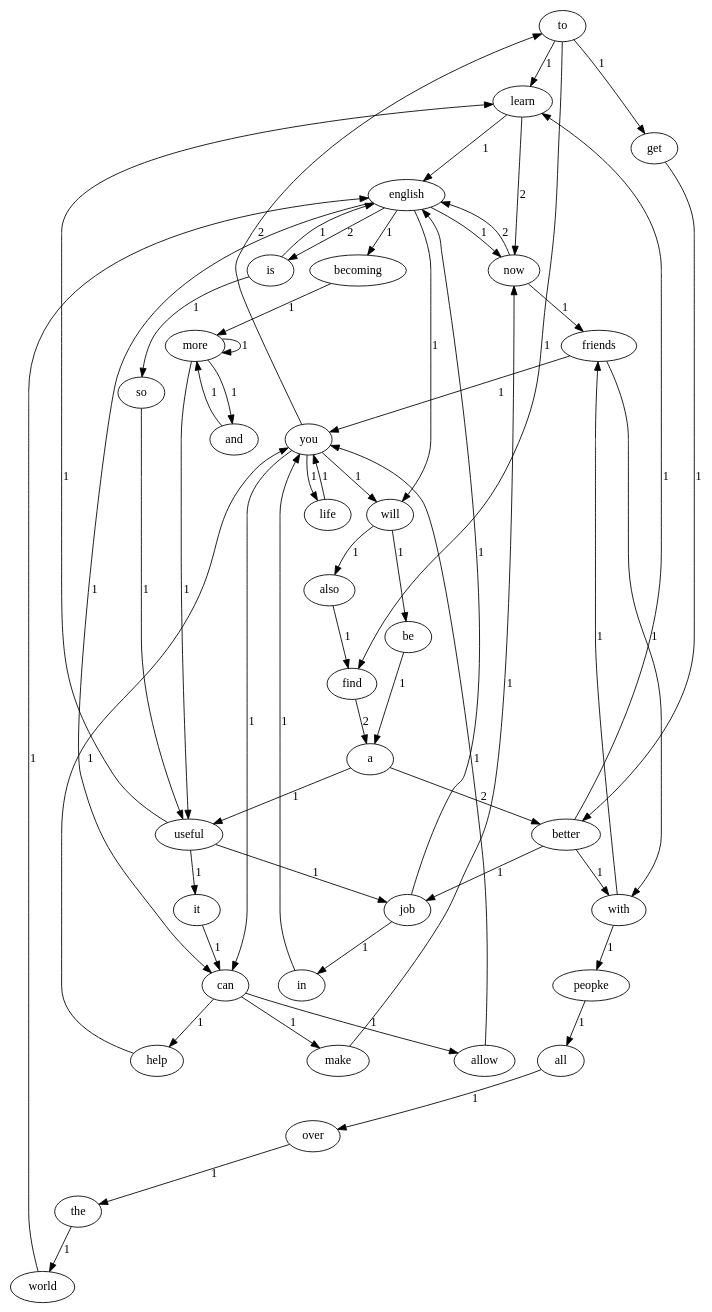
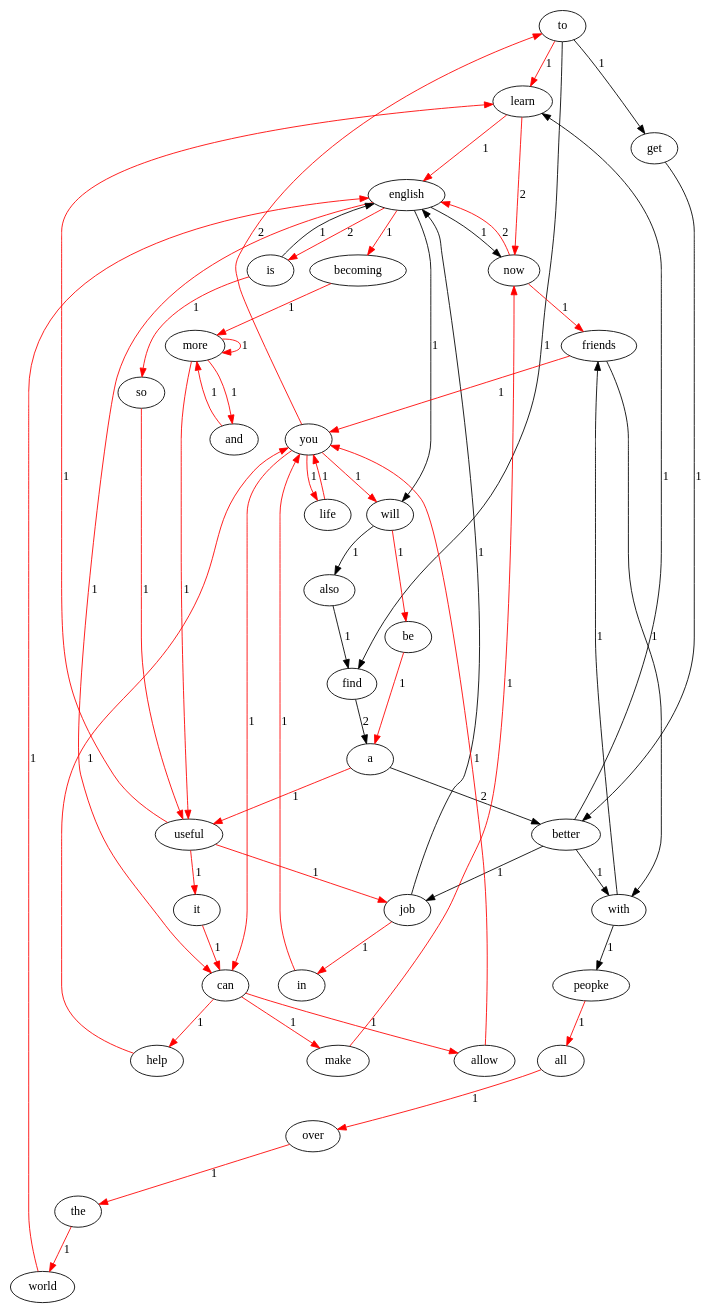
Before and after one commit to The-water-tree/Lab1-1: the diagram in lab1/file3.gv, drawn with Graphviz. The commit also changed 21 other files, not shown here.

```diff
--- a/lab1/file3.gv
+++ b/lab1/file3.gv
@@ -1,92 +1,92 @@
 digraph abc{to;
 learn;
 english;
 now;
 is;
 becoming;
 more;
 and;
 useful;
 it;
 can;
 help;
 you;
 find;
 a;
 better;
 job;
 allow;
 get;
 with;
 friends;
 make;
 peopke;
 all;
 over;
 the;
 world;
 will;
 be;
 in;
 life;
 also;
 so;
-to -> learn [label = "1" ];
+to -> learn [label = "1" , color = "red"];
 to -> find [label = "1" ];
 to -> get [label = "1" ];
-learn -> english [label = "1" ];
-learn -> now [label = "2" ];
+learn -> english [label = "1" , color = "red"];
+learn -> now [label = "2" , color = "red"];
 english -> now [label = "1" ];
-english -> is [label = "2" ];
-english -> becoming [label = "1" ];
-english -> can [label = "1" ];
+english -> is [label = "2" , color = "red"];
+english -> becoming [label = "1" , color = "red"];
+english -> can [label = "1" , color = "red"];
 english -> will [label = "1" ];
-now -> english [label = "2" ];
-now -> friends [label = "1" ];
+now -> english [label = "2" , color = "red"];
+now -> friends [label = "1" , color = "red"];
 is -> english [label = "1" ];
-is -> so [label = "1" ];
-becoming -> more [label = "1" ];
-more -> and [label = "1" ];
-more -> more [label = "1" ];
-more -> useful [label = "1" ];
-and -> more [label = "1" ];
-useful -> it [label = "1" ];
-useful -> job [label = "1" ];
-useful -> learn [label = "1" ];
-it -> can [label = "1" ];
-can -> help [label = "1" ];
-can -> allow [label = "1" ];
-can -> make [label = "1" ];
-help -> you [label = "1" ];
-you -> to [label = "2" ];
-you -> can [label = "1" ];
-you -> life [label = "1" ];
-you -> will [label = "1" ];
+is -> so [label = "1" , color = "red"];
+becoming -> more [label = "1" , color = "red"];
+more -> and [label = "1" , color = "red"];
+more -> more [label = "1" , color = "red"];
+more -> useful [label = "1" , color = "red"];
+and -> more [label = "1" , color = "red"];
+useful -> it [label = "1" , color = "red"];
+useful -> job [label = "1" , color = "red"];
+useful -> learn [label = "1" , color = "red"];
+it -> can [label = "1" , color = "red"];
+can -> help [label = "1" , color = "red"];
+can -> allow [label = "1" , color = "red"];
+can -> make [label = "1" , color = "red"];
+help -> you [label = "1" , color = "red"];
+you -> to [label = "2" , color = "red"];
+you -> can [label = "1" , color = "red"];
+you -> life [label = "1" , color = "red"];
+you -> will [label = "1" , color = "red"];
 find -> a [label = "2" ];
 a -> better [label = "2" ];
-a -> useful [label = "1" ];
+a -> useful [label = "1" , color = "red"];
 better -> job [label = "1" ];
 better -> with [label = "1" ];
 better -> learn [label = "1" ];
 job -> english [label = "1" ];
-job -> in [label = "1" ];
-allow -> you [label = "1" ];
+job -> in [label = "1" , color = "red"];
+allow -> you [label = "1" , color = "red"];
 get -> better [label = "1" ];
 with -> friends [label = "1" ];
 with -> peopke [label = "1" ];
-friends -> you [label = "1" ];
+friends -> you [label = "1" , color = "red"];
 friends -> with [label = "1" ];
-make -> now [label = "1" ];
-peopke -> all [label = "1" ];
-all -> over [label = "1" ];
-over -> the [label = "1" ];
-the -> world [label = "1" ];
-world -> english [label = "1" ];
-will -> be [label = "1" ];
+make -> now [label = "1" , color = "red"];
+peopke -> all [label = "1" , color = "red"];
+all -> over [label = "1" , color = "red"];
+over -> the [label = "1" , color = "red"];
+the -> world [label = "1" , color = "red"];
+world -> english [label = "1" , color = "red"];
+will -> be [label = "1" , color = "red"];
 will -> also [label = "1" ];
-be -> a [label = "1" ];
-in -> you [label = "1" ];
-life -> you [label = "1" ];
+be -> a [label = "1" , color = "red"];
+in -> you [label = "1" , color = "red"];
+life -> you [label = "1" , color = "red"];
 also -> find [label = "1" ];
-so -> useful [label = "1" ];
+so -> useful [label = "1" , color = "red"];
 }
```
